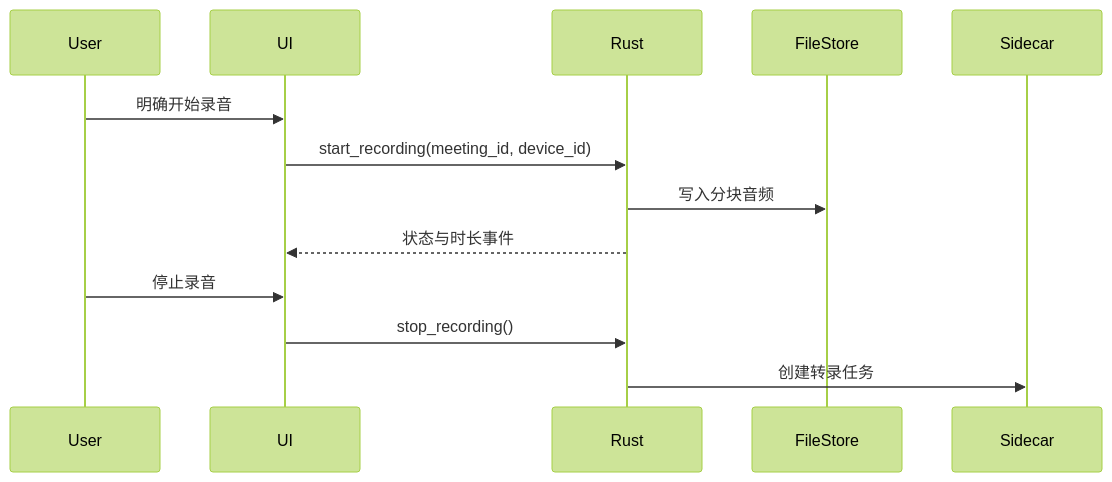
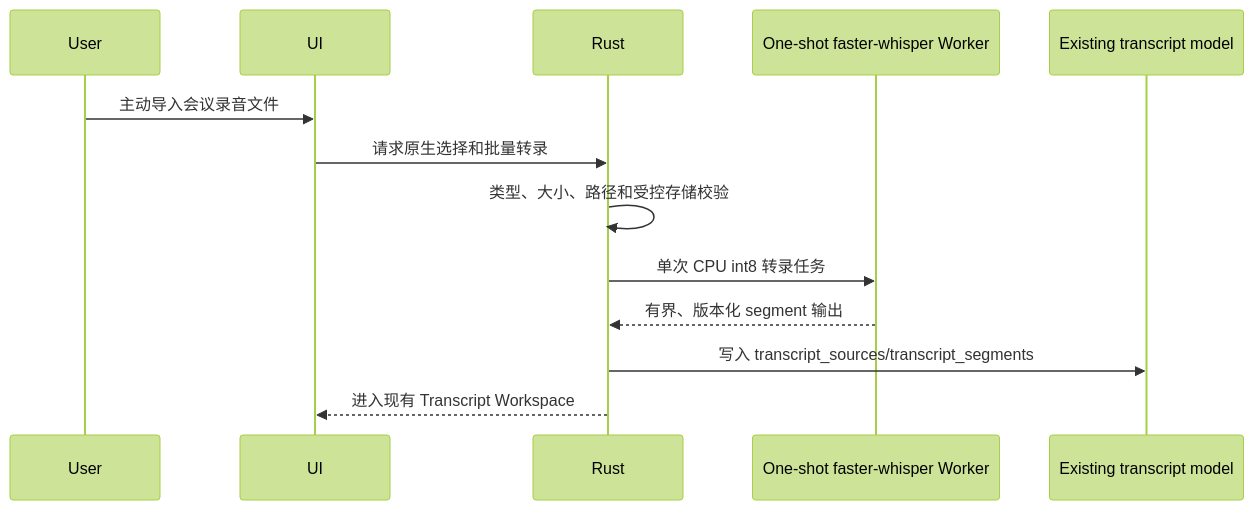
Before and after one commit to Gray-8a/MeetingLens: the fourth of 7 diagrams in ARCHITECTURE.md, drawn with Mermaid (forest theme). The commit also changed other lines of this file and 10 other files, not shown here.

Commit message:
docs: rebaseline personal edition roadmap (#23)

````diff
--- a/ARCHITECTURE.md
+++ b/ARCHITECTURE.md
@@ -173,15 +163,15 @@
 ```mermaid
 sequenceDiagram
     participant User
     participant UI
     participant Rust
-    participant FileStore
-    participant Sidecar
-    User->>UI: 明确开始录音
-    UI->>Rust: start_recording(meeting_id, device_id)
-    Rust->>FileStore: 写入分块音频
-    Rust-->>UI: 状态与时长事件
-    User->>UI: 停止录音
-    UI->>Rust: stop_recording()
-    Rust->>Sidecar: 创建转录任务
+    participant Worker as One-shot faster-whisper Worker
+    participant DB as Existing transcript model
+    User->>UI: 主动导入会议录音文件
+    UI->>Rust: 请求原生选择和批量转录
+    Rust->>Rust: 类型、大小、路径和受控存储校验
+    Rust->>Worker: 单次 CPU int8 转录任务
+    Worker-->>Rust: 有界、版本化 segment 输出
+    Rust->>DB: 写入 transcript_sources/transcript_segments
+    Rust-->>UI: 进入现有 Transcript Workspace
 ```
````
